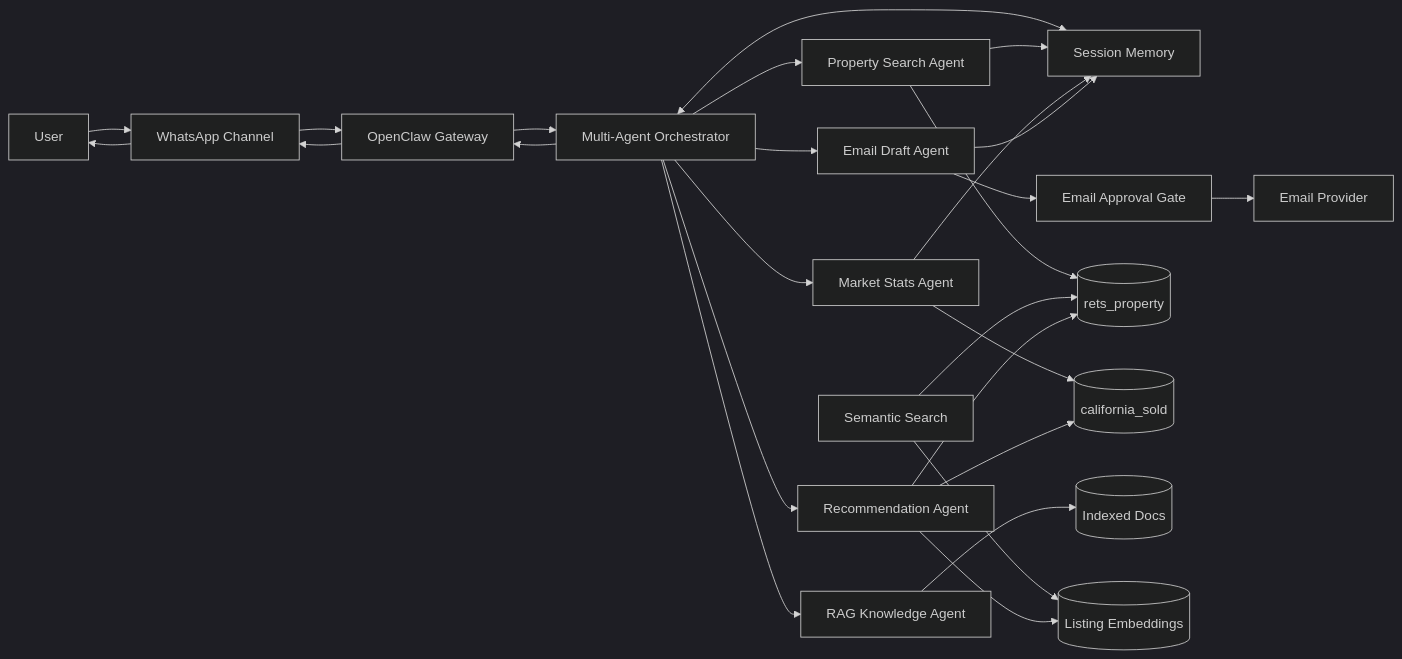
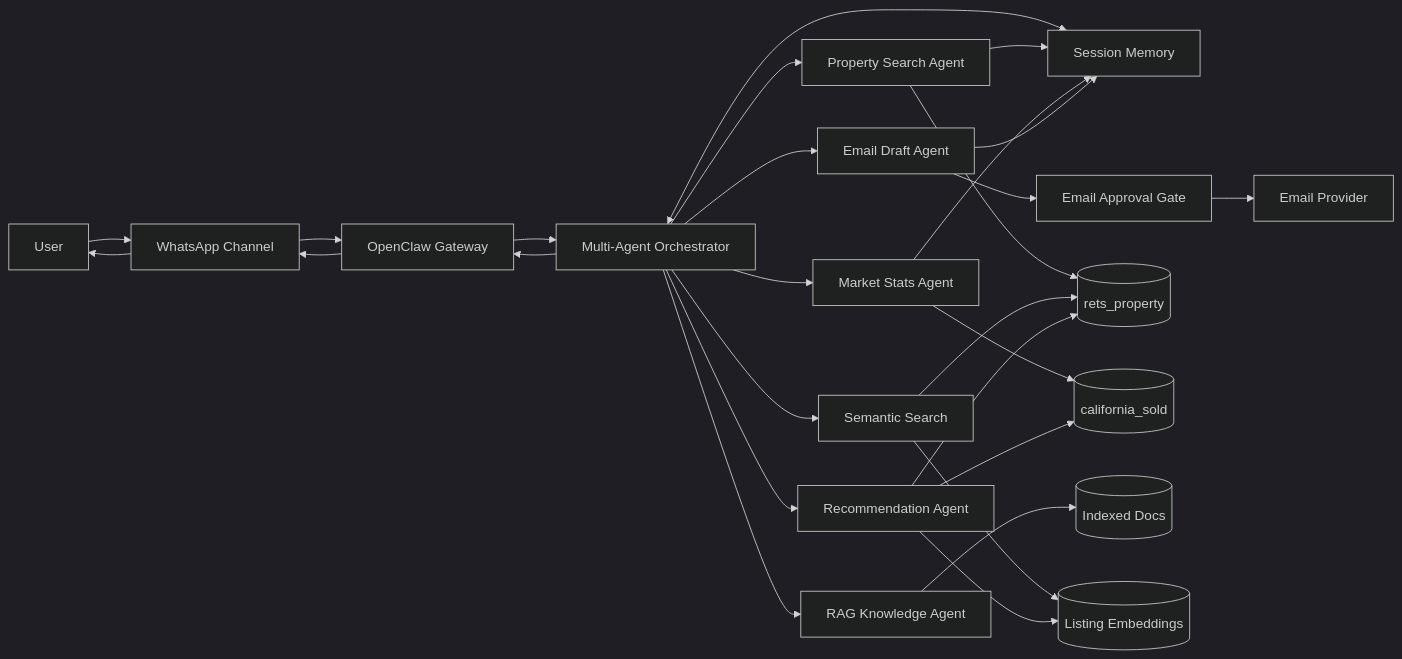
The diagram in docs/plan/final-architecture.md (yikangli-merry/IDX_Exchange2026Summer), drawn with Mermaid (dark theme) before and after one commit. The commit also changed other lines of this file and 24 other files, not shown here.

````diff
--- a/docs/plan/final-architecture.md
+++ b/docs/plan/final-architecture.md
@@ -9,46 +9,47 @@
 ```mermaid
 flowchart LR
     User[User]
     WhatsApp[WhatsApp Channel]
     Gateway[OpenClaw Gateway]
     Orchestrator[Multi-Agent Orchestrator]
     Session[Session Memory]
     Search[Property Search Agent]
     Market[Market Stats Agent]
     Semantic[Semantic Search]
     Recommend[Recommendation Agent]
     RAG[RAG Knowledge Agent]
     Email[Email Draft Agent]
     Approval[Email Approval Gate]
     Active[(rets_property)]
     Sold[(california_sold)]
     Docs[(Indexed Docs)]
     Embeddings[(Listing Embeddings)]
     Mailer[Email Provider]
 
     User --> WhatsApp
     WhatsApp --> Gateway
     Gateway --> Orchestrator
     Orchestrator <--> Session
     Orchestrator --> Search
     Orchestrator --> Market
+    Orchestrator --> Semantic
     Orchestrator --> Recommend
     Orchestrator --> RAG
     Orchestrator --> Email
     Search --> Active
     Search --> Session
     Market --> Sold
     Market --> Session
     Semantic --> Active
     Semantic --> Embeddings
     Recommend --> Active
     Recommend --> Sold
     Recommend --> Embeddings
     RAG --> Docs
     Email --> Session
     Email --> Approval
     Approval --> Mailer
     Orchestrator --> Gateway
     Gateway --> WhatsApp
     WhatsApp --> User
 ```
````
